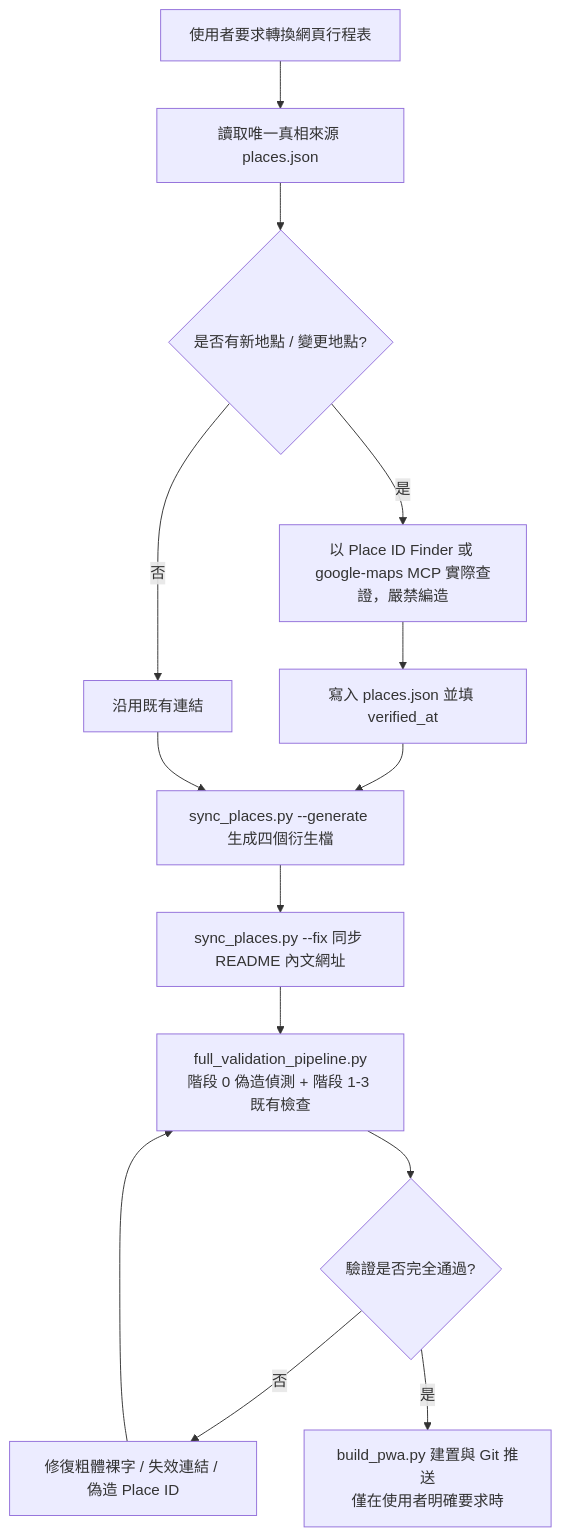
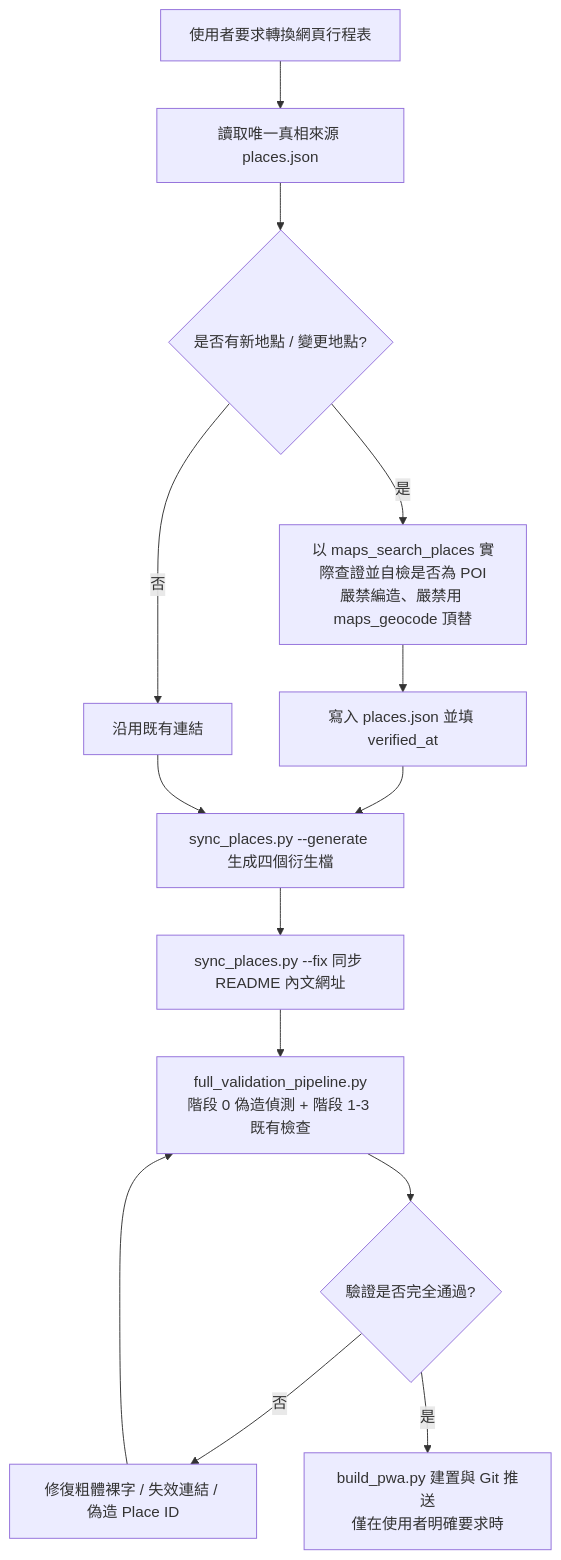
The diagram in .agents/skills/generate-travel-itinerary/SKILL.md (owenpeng811/2026tokyo), drawn with Mermaid before and after one commit. The commit also changed other lines of this file and 7 other files, not shown here.

````diff
--- a/.agents/skills/generate-travel-itinerary/SKILL.md
+++ b/.agents/skills/generate-travel-itinerary/SKILL.md
@@ -144,16 +147,16 @@
 ```mermaid
 flowchart TD
     A[使用者要求轉換網頁行程表] --> B[讀取唯一真相來源 places.json]
     B --> C{是否有新地點 / 變更地點?}
-    C -- 是 --> D[以 Place ID Finder 或 google-maps MCP 實際查證，嚴禁編造]
+    C -- 是 --> D[以 maps_search_places 實際查證並自檢是否為 POI<br/>嚴禁編造、嚴禁用 maps_geocode 頂替]
     D --> D2[寫入 places.json 並填 verified_at]
     C -- 否 --> E[沿用既有連結]
     D2 --> F[sync_places.py --generate 生成四個衍生檔]
     E --> F
     F --> F2[sync_places.py --fix 同步 README 內文網址]
     F2 --> G[full_validation_pipeline.py<br/>階段 0 偽造偵測 + 階段 1-3 既有檢查]
     G --> H{驗證是否完全通過?}
     H -- 否 --> I[修復粗體裸字 / 失效連結 / 偽造 Place ID]
     I --> G
     H -- 是 --> J[build_pwa.py 建置與 Git 推送<br/>僅在使用者明確要求時]
 ```
````
